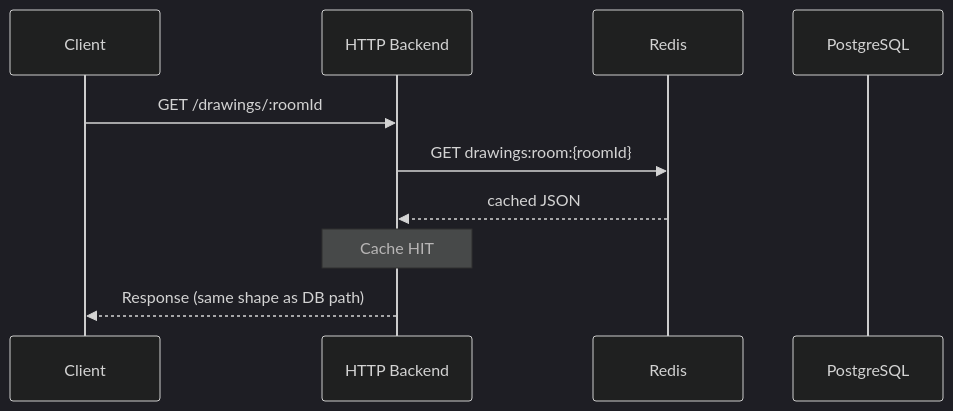
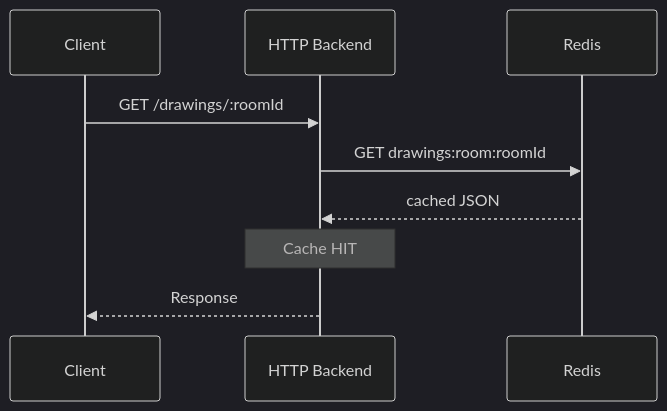
The second of 12 diagrams in README.md (shivamkr082003/draw-app), drawn with Mermaid (dark theme) before and after one commit. The commit also changed other lines of this file, not shown here.

Commit message:
docs: improve README and diagrams

````diff
--- a/README.md
+++ b/README.md
@@ -113,13 +184,12 @@
 ```mermaid
 sequenceDiagram
     participant C as Client
     participant H as HTTP Backend
     participant R as Redis
-    participant P as PostgreSQL
 
     C->>H: GET /drawings/:roomId
-    H->>R: GET drawings:room:{roomId}
+    H->>R: GET drawings:room:roomId
     R-->>H: cached JSON
     Note over H: Cache HIT
-    H-->>C: Response (same shape as DB path)
+    H-->>C: Response
 ```
````
